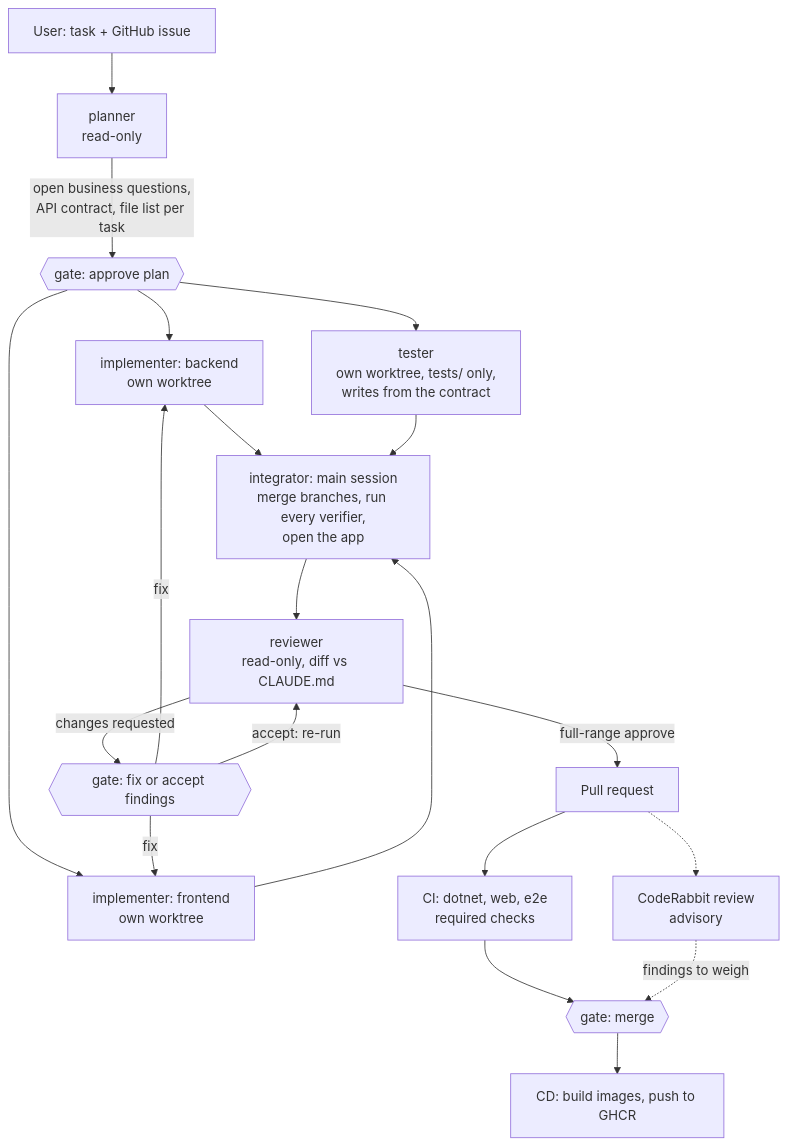
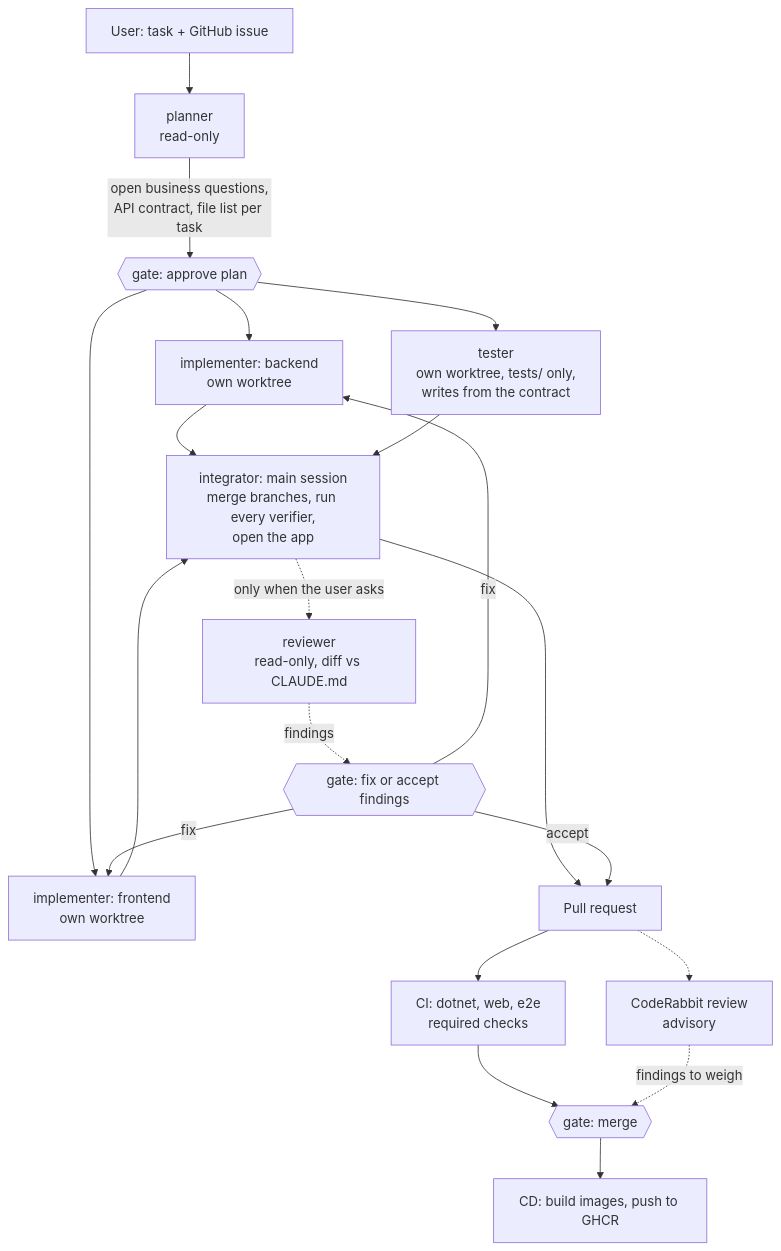
Before and after one commit to duytech/MiniPOS: the diagram in README.md, drawn with Mermaid. The commit also changed 2 other files, not shown here.

Commit message:
98 | Bring the docs and reviewer description in line with the on-request review
CodeRabbit found the old gate still described in the README diagram, the #98 and #88 decision entries, and the reviewer description.

````diff
--- a/README.md
+++ b/README.md
@@ -35,22 +35,22 @@
 ```mermaid
 flowchart TD
     U[User: task + GitHub issue] --> P[planner<br/>read-only]
     P -->|open business questions,<br/>API contract, file list per task| G1{{gate: approve plan}}
     G1 --> IB[implementer: backend<br/>own worktree]
     G1 --> IF[implementer: frontend<br/>own worktree]
     G1 --> T[tester<br/>own worktree, tests/ only,<br/>writes from the contract]
     IB --> I[integrator: main session<br/>merge branches, run every verifier,<br/>open the app]
     IF --> I
     T --> I
-    I --> R[reviewer<br/>read-only, diff vs CLAUDE.md]
-    R -->|changes requested| G2{{gate: fix or accept findings}}
+    I --> PR[Pull request]
+    I -.->|only when the user asks| R[reviewer<br/>read-only, diff vs CLAUDE.md]
+    R -.->|findings| G2{{gate: fix or accept findings}}
     G2 -->|fix| IB
     G2 -->|fix| IF
-    G2 -->|accept: re-run| R
-    R -->|full-range approve| PR[Pull request]
+    G2 -->|accept| PR
     PR --> CI[CI: dotnet, web, e2e<br/>required checks]
     PR -.-> CR[CodeRabbit review<br/>advisory]
     CI --> G3{{gate: merge}}
     CR -.->|findings to weigh| G3
     G3 --> CD[CD: build images, push to GHCR]
 ```
````
